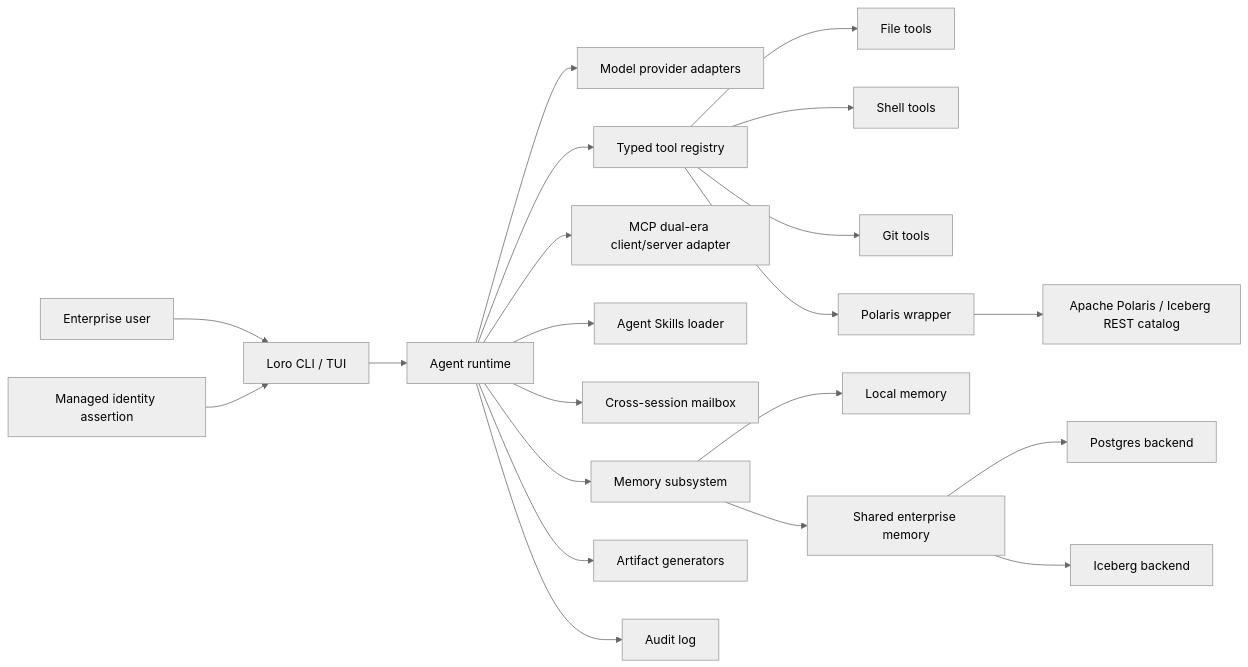
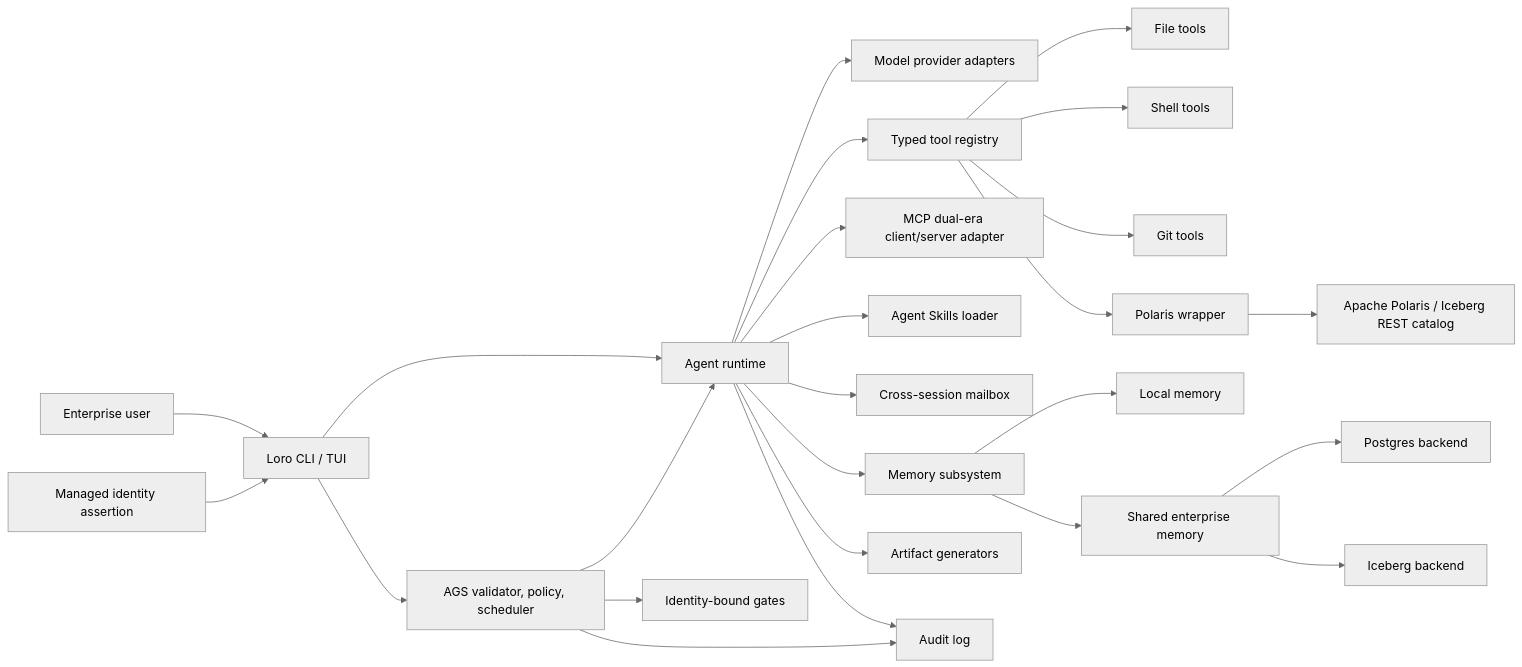
Before and after one commit to alexmerced-oss/loro: the diagram in ARCHITECTURE.md, drawn with Mermaid (neutral theme). The commit also changed other lines of this file and 63 other files, not shown here.

Commit message:
Add AGS 1.0 graph execution support

````diff
--- a/ARCHITECTURE.md
+++ b/ARCHITECTURE.md
@@ -7,23 +7,27 @@
 ```mermaid
 flowchart LR
   User["Enterprise user"] --> CLI["Loro CLI / TUI"]
   Identity["Managed identity assertion"] --> CLI
   CLI --> Runtime["Agent runtime"]
   Runtime --> Models["Model provider adapters"]
   Runtime --> Tools["Typed tool registry"]
   Runtime --> MCP["MCP dual-era client/server adapter"]
   Runtime --> Skills["Agent Skills loader"]
   Runtime --> Mailbox["Cross-session mailbox"]
   Runtime --> Memory["Memory subsystem"]
   Runtime --> Artifacts["Artifact generators"]
   Runtime --> Audit["Audit log"]
+  CLI --> AGraph["AGS validator, policy, scheduler"]
+  AGraph --> Runtime
+  AGraph --> Approvals["Identity-bound gates"]
+  AGraph --> Audit
   Tools --> Files["File tools"]
   Tools --> Shell["Shell tools"]
   Tools --> Git["Git tools"]
   Tools --> Polaris["Polaris wrapper"]
   Memory --> Local["Local memory"]
   Memory --> Shared["Shared enterprise memory"]
   Shared --> Postgres["Postgres backend"]
   Shared --> Iceberg["Iceberg backend"]
   Polaris --> Catalog["Apache Polaris / Iceberg REST catalog"]
 ```
````
